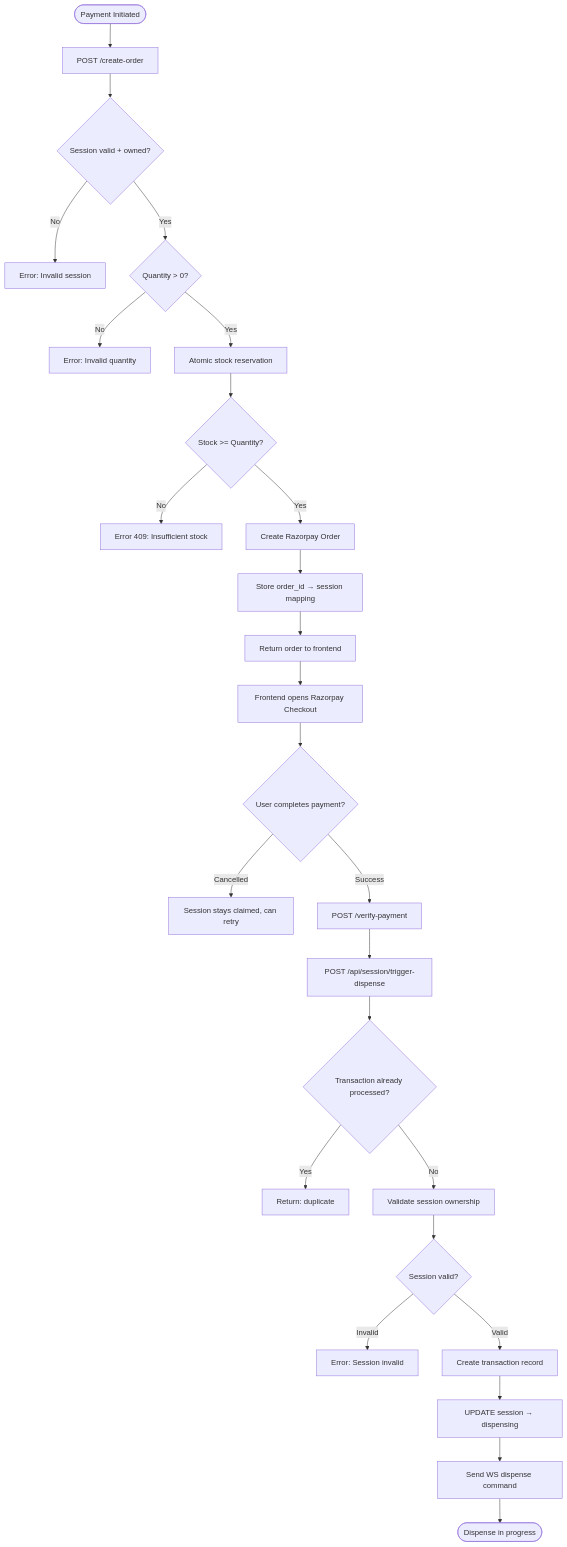
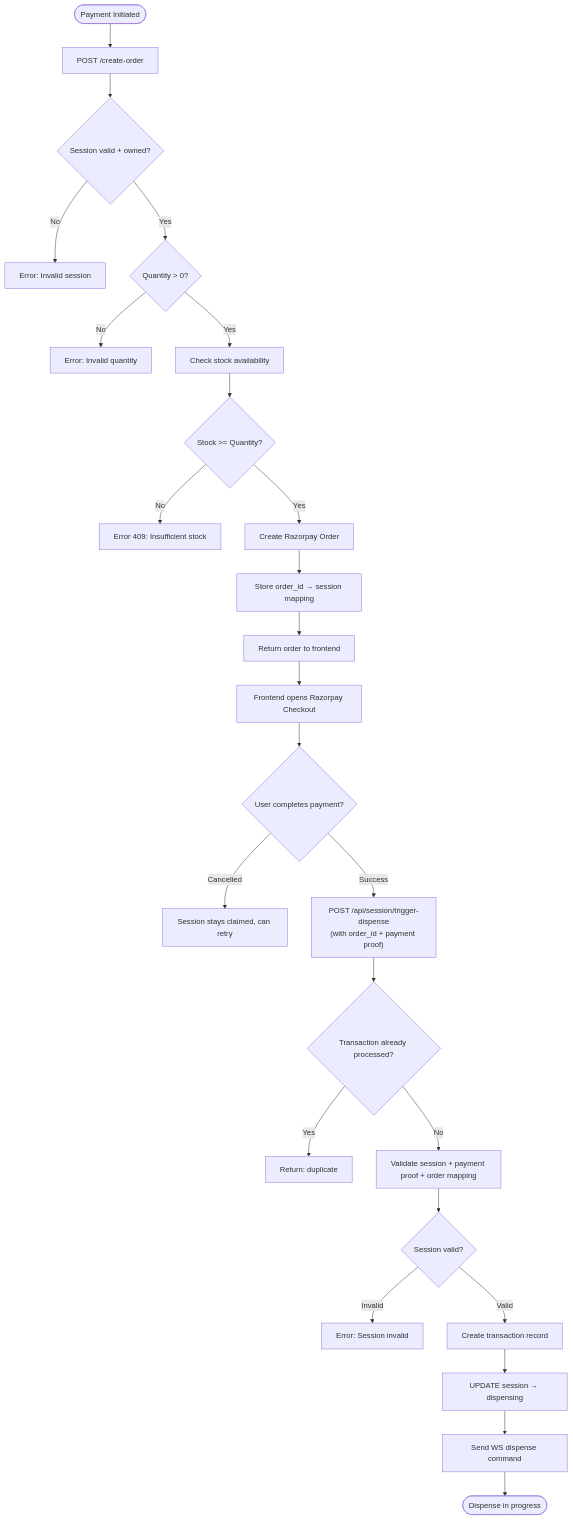
One commit to gouthamlingoju/SmartVend changed the ninth of 11 diagrams in UML_Diagrams.md. Above: the diagram before and after it, drawn with Mermaid. The commit also changed other lines of this file and 5 other files, not shown here.

Commit message:
Enforce payment verification before dispense and stock update

````diff
--- a/UML_Diagrams.md
+++ b/UML_Diagrams.md
@@ -482,33 +477,31 @@
 ```mermaid
 flowchart TD
     A(["Payment Initiated"]) --> B["POST /create-order"]
     B --> C{"Session valid + owned?"}
     C -->|No| D["Error: Invalid session"]
     C -->|Yes| E{"Quantity > 0?"}
     E -->|No| F["Error: Invalid quantity"]
-    E -->|Yes| G["Atomic stock reservation"]
+    E -->|Yes| G["Check stock availability"]
 
     G --> H{"Stock >= Quantity?"}
     H -->|No| I["Error 409: Insufficient stock"]
     H -->|Yes| J["Create Razorpay Order"]
     J --> K["Store order_id → session mapping"]
     K --> L["Return order to frontend"]
 
     L --> M["Frontend opens Razorpay Checkout"]
     M --> N{"User completes payment?"}
     N -->|Cancelled| O["Session stays claimed, can retry"]
-    N -->|Success| P["POST /verify-payment"]
-
-    P --> Q["POST /api/session/trigger-dispense"]
+    N -->|Success| Q["POST /api/session/trigger-dispense\n(with order_id + payment proof)"]
     Q --> R{"Transaction already processed?"}
     R -->|Yes| S["Return: duplicate"]
-    R -->|No| T["Validate session ownership"]
+    R -->|No| T["Validate session + payment proof + order mapping"]
 
     T --> U{"Session valid?"}
     U -->|Invalid| V["Error: Session invalid"]
     U -->|Valid| W["Create transaction record"]
 
     W --> X["UPDATE session → dispensing"]
     X --> Y["Send WS dispense command"]
     Y --> Z(["Dispense in progress"])
 ```
````
